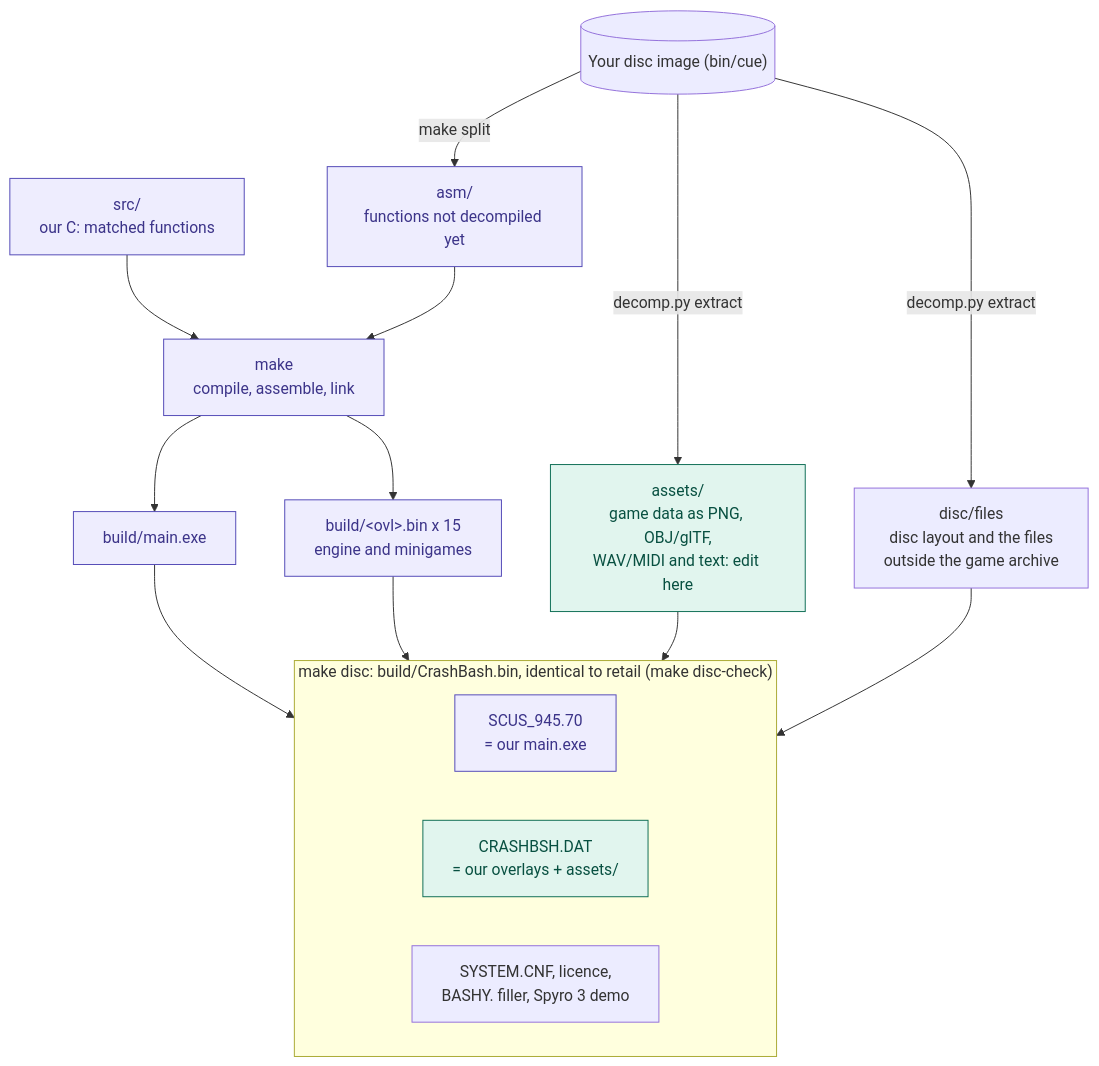
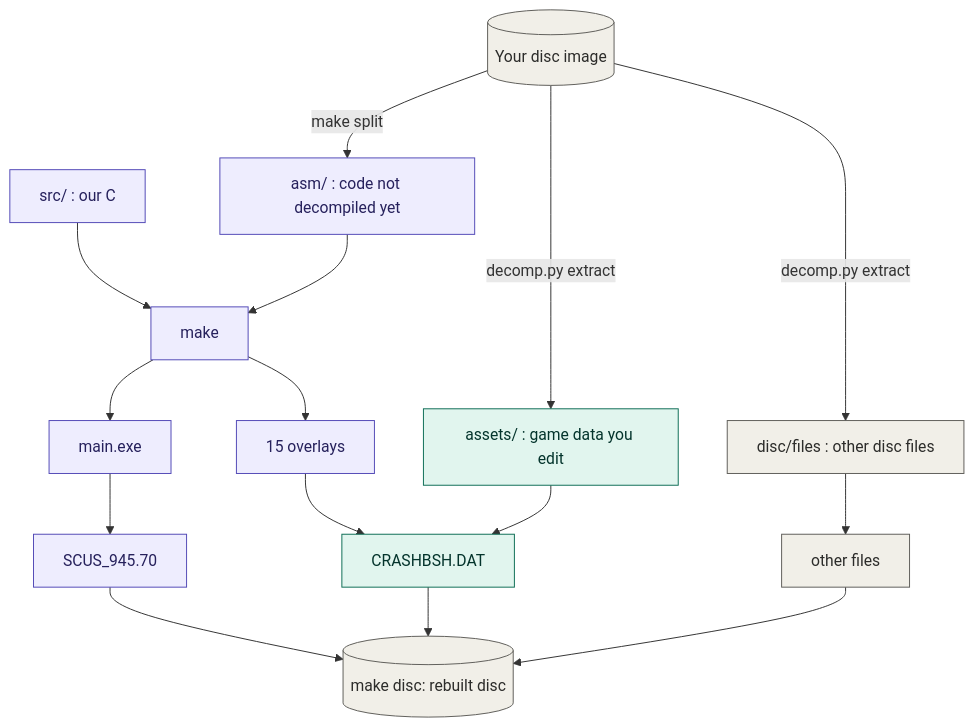
The diagram in README.md (jake-r-r-w/crash_bash_decomp), drawn with Mermaid before and after one commit. The commit also changed other lines of this file, not shown here.

Commit message:
README: simpler build diagram that reads in GitHub's dark and light themes
The first one's group title wrapped behind a box and its multi-line
labels rendered badly. Short one-line labels, no subgraph, every node
coloured (code, game data, the rest); the details are in the text under
it. Checked in Mermaid 11's dark and default themes.

````diff
--- a/README.md
+++ b/README.md
@@ -63,28 +63,26 @@
 ```mermaid
 flowchart TD
-    disc[("Your disc image (bin/cue)")]
-    disc -- "decomp.py extract" --> files["disc/files<br/>disc layout and the files<br/>outside the game archive"]
-    disc -- "decomp.py extract" --> assets["assets/<br/>game data as PNG, OBJ/glTF,<br/>WAV/MIDI and text: edit here"]
-    disc -- "make split" --> asm["asm/<br/>functions not decompiled yet"]
-    src["src/<br/>our C: matched functions"] --> make["make<br/>compile, assemble, link"]
+    src["src/ : our C"]
+    disc[("Your disc image")]
+    disc -- "make split" --> asm["asm/ : code not decompiled yet"]
+    disc -- "decomp.py extract" --> assets["assets/ : game data you edit"]
+    disc -- "decomp.py extract" --> files["disc/files : other disc files"]
+    src --> make["make"]
     asm --> make
-    make --> exe["build/main.exe"]
-    make --> ovl["build/&lt;ovl&gt;.bin x 15<br/>engine and minigames"]
+    make --> exe["main.exe"]
+    make --> ovl["15 overlays"]
+    exe --> boot["SCUS_945.70"]
+    ovl --> dat["CRASHBSH.DAT"]
+    assets --> dat
+    files --> other["other files"]
+    boot --> out[("make disc: rebuilt disc")]
+    dat --> out
+    other --> out
 
-    subgraph built ["make disc: build/CrashBash.bin, identical to retail (make disc-check)"]
-        direction LR
-        boot["SCUS_945.70<br/>= our main.exe"]
-        dat["CRASHBSH.DAT<br/>= our overlays + assets/"]
-        other["SYSTEM.CNF, licence,<br/>BASHY. filler, Spyro 3 demo"]
-    end
-
-    exe --> boot
-    ovl --> dat
-    assets --> dat
-    files --> other
-
-    classDef code fill:#EEEDFE,stroke:#534AB7,color:#3C3489
-    classDef data fill:#E1F5EE,stroke:#0F6E56,color:#085041
+    classDef code fill:#EEEDFE,stroke:#534AB7,color:#26215C
+    classDef data fill:#E1F5EE,stroke:#0F6E56,color:#04342C
+    classDef plain fill:#F1EFE8,stroke:#5F5E5A,color:#2C2C2A
     class src,asm,make,exe,ovl,boot code
     class assets,dat data
+    class disc,files,other,out plain
 ```
````
